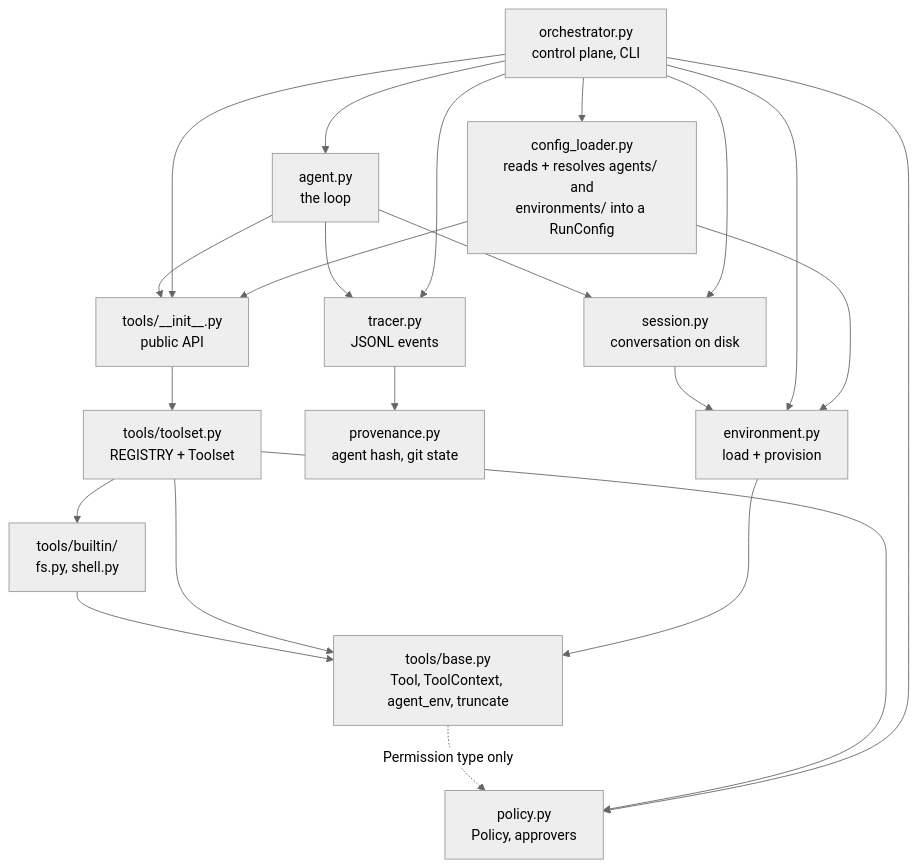
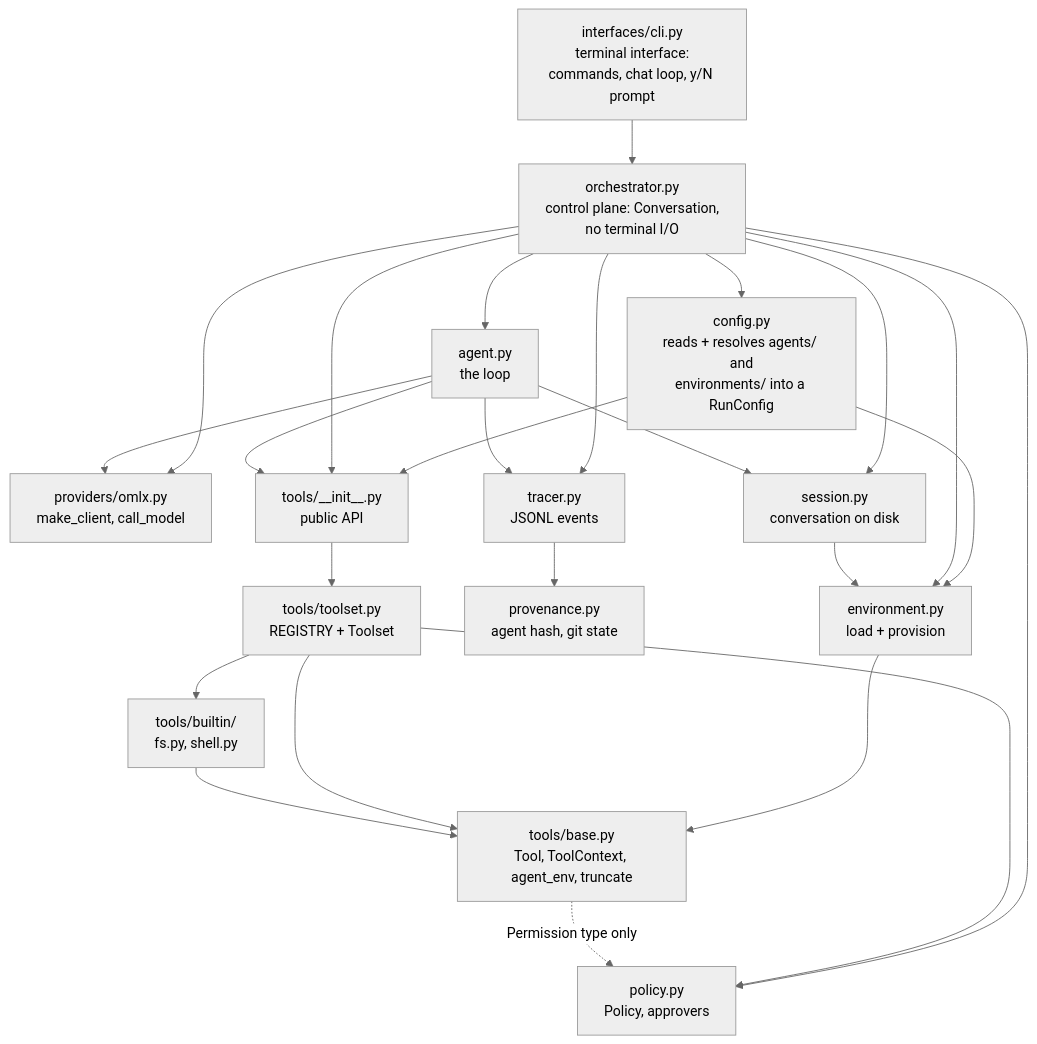
The fourth of 4 diagrams in visual_representation.md (adgnvtefc/orchestra), drawn with Mermaid (neutral theme) before and after one commit. The commit also changed other lines of this file and 20 other files, not shown here.

````diff
--- a/visual_representation.md
+++ b/visual_representation.md
@@ -314,24 +342,27 @@
 ```mermaid
 flowchart TD
-    orch["orchestrator.py<br/>control plane, CLI"] --> agent["agent.py<br/>the loop"]
-    orch --> loader["config_loader.py<br/>reads + resolves agents/ and<br/>environments/ into a RunConfig"]
+    climod["interfaces/cli.py<br/>terminal interface:<br/>commands, chat loop, y/N prompt"] --> orch
+    orch["orchestrator.py<br/>control plane: Conversation,<br/>no terminal I/O"] --> agent["agent.py<br/>the loop"]
+    orch --> loader["config.py<br/>reads + resolves agents/ and<br/>environments/ into a RunConfig"]
+    orch --> providers["providers/omlx.py<br/>make_client, call_model"]
+    agent --> providers
     loader --> envmod
     loader --> tools_api
     orch --> sessionmod["session.py<br/>conversation on disk"]
     orch --> envmod["environment.py<br/>load + provision"]
     envmod --> base
     agent --> sessionmod
     sessionmod --> envmod
     orch --> policy["policy.py<br/>Policy, approvers"]
     orch --> tools_api["tools/__init__.py<br/>public API"]
     orch --> tracer["tracer.py<br/>JSONL events"]
     agent --> tracer
     tracer --> prov["provenance.py<br/>agent hash, git state"]
     agent --> tools_api
     tools_api --> toolset["tools/toolset.py<br/>REGISTRY + Toolset"]
     toolset --> policy
     toolset --> builtin["tools/builtin/<br/>fs.py, shell.py"]
     toolset --> base["tools/base.py<br/>Tool, ToolContext, agent_env, truncate"]
     builtin --> base
     base -.->|"Permission type only"| policy
 ```
````
